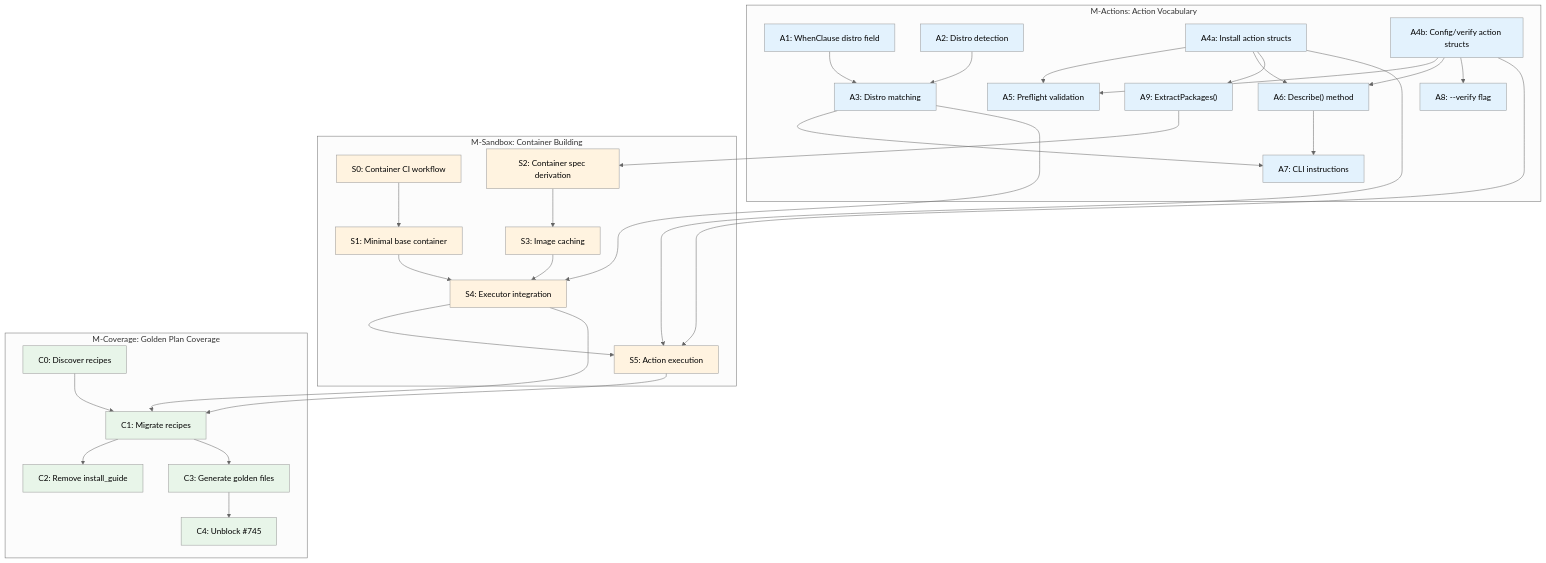
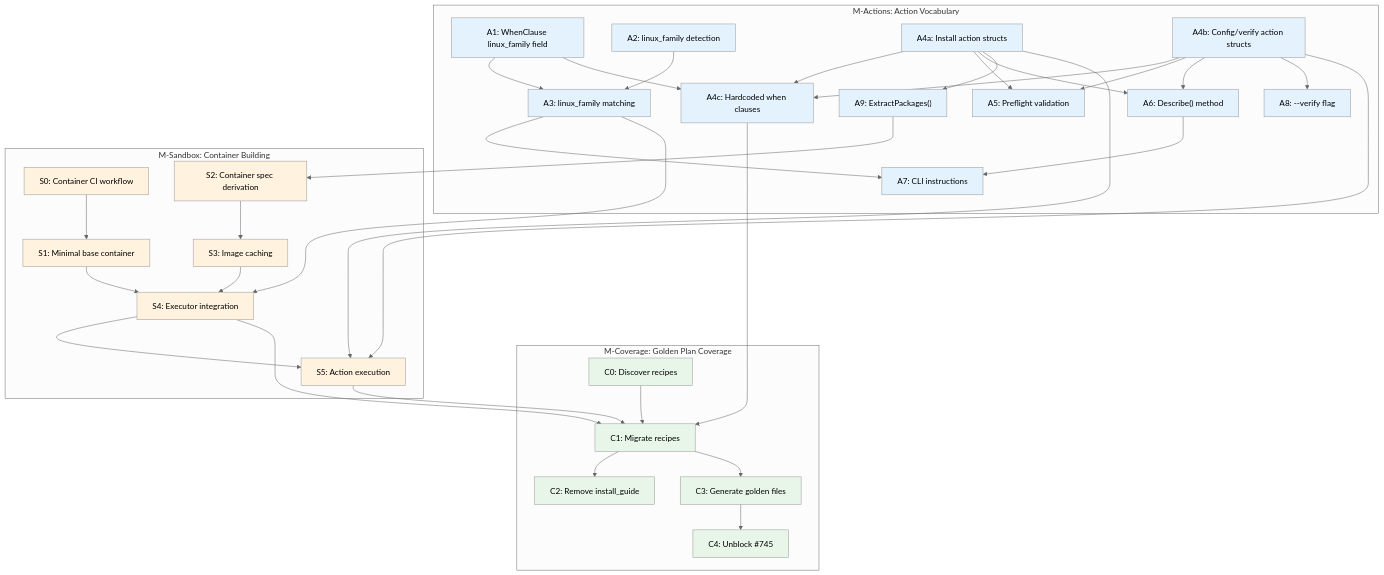
Before and after one commit to tsukumogami/tsuku: the diagram in wip/plan-outline.md, drawn with Mermaid (neutral theme). The commit also changed other lines of this file, not shown here.

First line of the commit message:
docs: align plan-outline with linux_family targeting model

````diff
--- a/wip/plan-outline.md
+++ b/wip/plan-outline.md
@@ -604,71 +650,76 @@
 ```mermaid
 graph TD
     subgraph Actions["M-Actions: Action Vocabulary"]
-        A1["A1: WhenClause distro field"]
-        A2["A2: Distro detection"]
-        A3["A3: Distro matching"]
+        A1["A1: WhenClause linux_family field"]
+        A2["A2: linux_family detection"]
+        A3["A3: linux_family matching"]
         A4a["A4a: Install action structs"]
         A4b["A4b: Config/verify action structs"]
+        A4c["A4c: Hardcoded when clauses"]
         A5["A5: Preflight validation"]
         A6["A6: Describe() method"]
         A7["A7: CLI instructions"]
         A8["A8: --verify flag"]
         A9["A9: ExtractPackages()"]
     end
 
     subgraph Sandbox["M-Sandbox: Container Building"]
         S0["S0: Container CI workflow"]
         S1["S1: Minimal base container"]
         S2["S2: Container spec derivation"]
         S3["S3: Image caching"]
         S4["S4: Executor integration"]
         S5["S5: Action execution"]
     end
 
     subgraph Coverage["M-Coverage: Golden Plan Coverage"]
         C0["C0: Discover recipes"]
         C1["C1: Migrate recipes"]
         C2["C2: Remove install_guide"]
         C3["C3: Generate golden files"]
         C4["C4: Unblock #745"]
     end
 
     %% M-Actions internal
     A1 --> A3
     A2 --> A3
+    A1 --> A4c
+    A4a --> A4c
+    A4b --> A4c
     A4a --> A5
     A4b --> A5
     A4a --> A6
     A4b --> A6
     A3 --> A7
     A6 --> A7
     A4b --> A8
     A4a --> A9
 
     %% M-Actions to M-Sandbox
     A9 --> S2
     S0 --> S1
     S2 --> S3
     S3 --> S4
     S1 --> S4
     A3 --> S4
     A4a --> S5
     A4b --> S5
     S4 --> S5
 
     %% M-Sandbox to M-Coverage
     C0 --> C1
     S4 --> C1
     S5 --> C1
+    A4c --> C1
     C1 --> C2
     C1 --> C3
     C3 --> C4
 
     classDef actions fill:#e3f2fd
     classDef sandbox fill:#fff3e0
     classDef coverage fill:#e8f5e9
 
-    class A1,A2,A3,A4a,A4b,A5,A6,A7,A8,A9 actions
+    class A1,A2,A3,A4a,A4b,A4c,A5,A6,A7,A8,A9 actions
     class S0,S1,S2,S3,S4,S5 sandbox
     class C0,C1,C2,C3,C4 coverage
 ```
````
